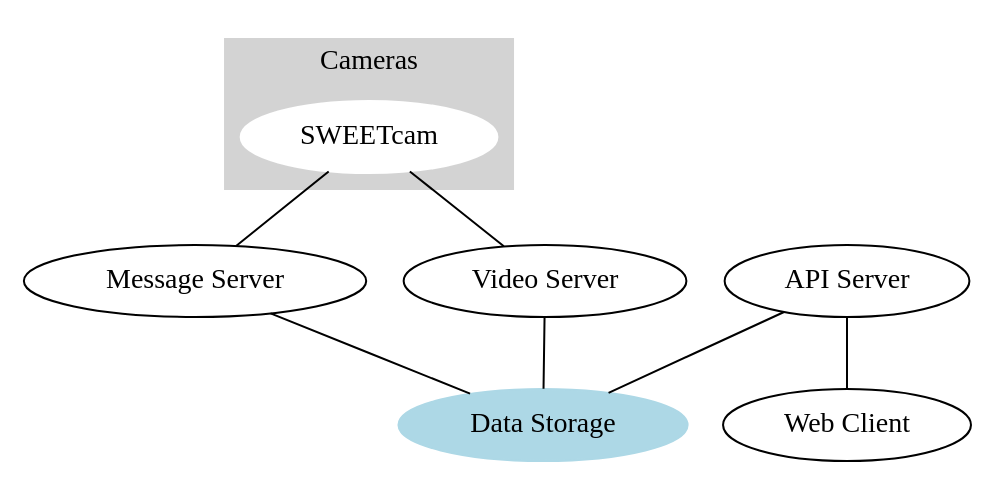
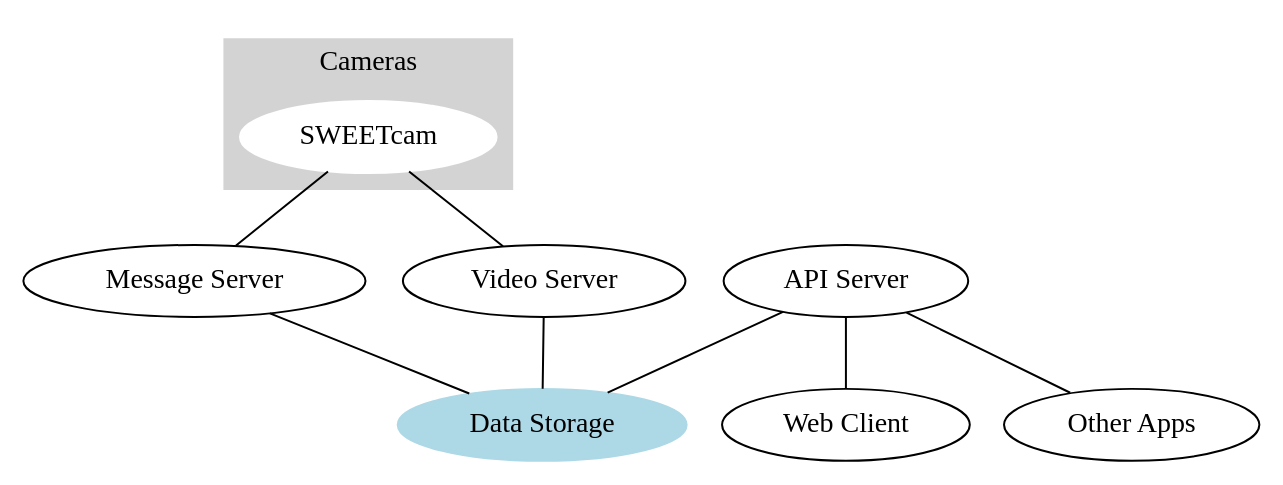
One commit to SlugCam/SCserver changed the first of 3 diagrams in notebook/Systems.md. Above: the diagram before and after it, drawn with Graphviz. The commit also changed 1 other file, not shown here.

Commit message:
Updated notes

````diff
--- a/notebook/Systems.md
+++ b/notebook/Systems.md
@@ -2,44 +2,45 @@
 ```dot*
 graph G {
 
     subgraph cluster_cams {
     	style=filled;
 		color=lightgrey;
 		node [style=filled,color=white];
 		
 		cam1[label="SWEETcam"];
 				
 		label = "Cameras";
 	}
     
         # Camera connections
     cam1 -- messageServer;
     cam1 -- videoServer;
 
     
     db [style=filled,color=lightblue,label="Data Storage"];
 
 
 
 
     
     # Servers
     apiServer[label="API Server"];
     videoServer[label="Video Server"];
     messageServer[label="Message Server"];
     
     messageServer -- db;
 
 
     # Video
 
     videoServer--db
 
     apiServer--db;
     apiServer--webClient;
-  
+    apiServer--futureapps
 
+    futureapps[label="Other Apps"]
     webClient[label="Web Client"];
 
 }
 ```
````
